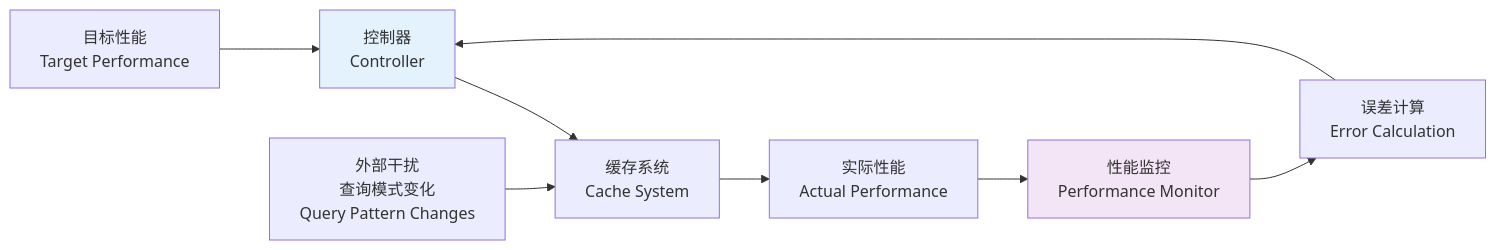
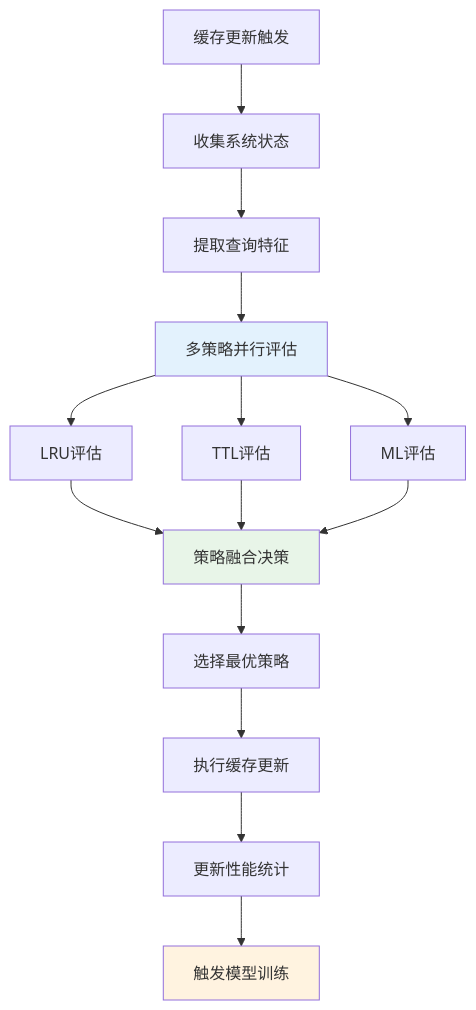
One commit to crazypenguincode/duckdb changed the second of 3 diagrams in md/第四章-动态缓存更新技术与持久化技术.md. Above: the diagram before and after it, drawn with Mermaid. The commit also changed other lines of this file and 4 other files, not shown here.

````diff
--- a/md/第四章-动态缓存更新技术与持久化技术.md
+++ b/md/第四章-动态缓存更新技术与持久化技术.md
@@ -114,14 +218,20 @@
 ```mermaid
-graph LR
-    A[目标性能<br/>Target Performance] --> B[控制器<br/>Controller]
-    B --> C[缓存系统<br/>Cache System]
-    C --> D[实际性能<br/>Actual Performance]
-    D --> E[性能监控<br/>Performance Monitor]
-    E --> F[误差计算<br/>Error Calculation]
-    F --> B
+graph TD
+    A[缓存更新触发] --> B[收集系统状态]
+    B --> C[提取查询特征]
+    C --> D[多策略并行评估]
+    D --> E[LRU评估]
+    D --> F[TTL评估]
+    D --> G[ML评估]
+    E --> H[策略融合决策]
+    F --> H
+    G --> H
+    H --> I[选择最优策略]
+    I --> J[执行缓存更新]
+    J --> K[更新性能统计]
+    K --> L[触发模型训练]
     
-    G[外部干扰<br/>查询模式变化<br/>Query Pattern Changes] --> C
-    
-    style B fill:#e3f2fd
-    style E fill:#f3e5f5
+    style D fill:#e3f2fd
+    style H fill:#e8f5e8
+    style L fill:#fff3e0
 ```
````
